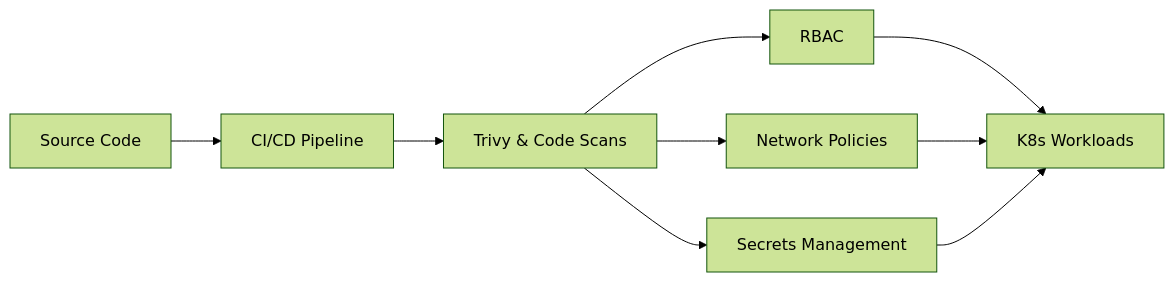
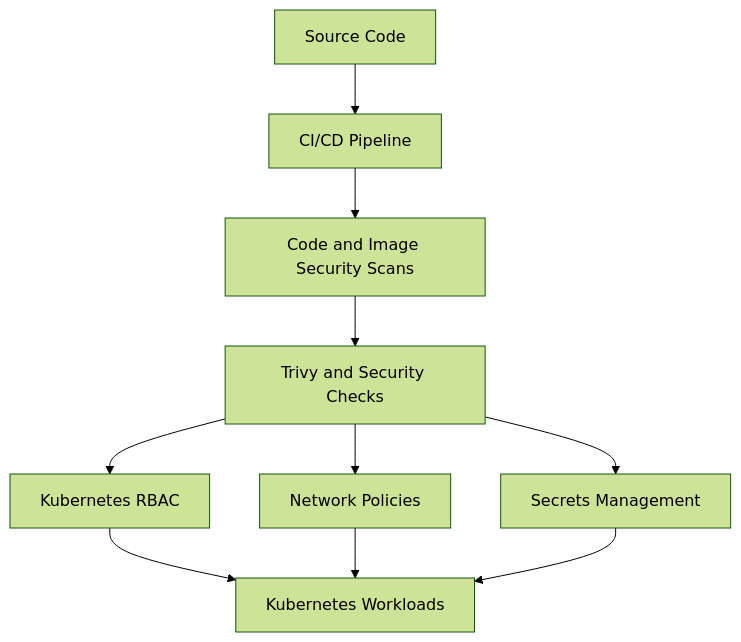
Before and after one commit to manesaurabh1704-devops/manesaurabh1704-devops: the sixth of 8 diagrams in README.md, drawn with Mermaid (forest theme). The commit also changed other lines of this file, not shown here.

````diff
--- a/README.md
+++ b/README.md
@@ -223,7 +348,12 @@
 ```mermaid
-flowchart LR
-    A["Source Code"] --> B["CI/CD Pipeline"] --> C["Trivy & Code Scans"]
-    C --> D["RBAC"] --> G["K8s Workloads"]
-    C --> E["Network Policies"] --> G
-    C --> F["Secrets Management"] --> G
+flowchart TD
+    A["Source Code"] --> B["CI/CD Pipeline"]
+    B --> C["Code and Image Security Scans"]
+    C --> D["Trivy and Security Checks"]
+    D --> E["Kubernetes RBAC"]
+    D --> F["Network Policies"]
+    D --> G["Secrets Management"]
+    E --> H["Kubernetes Workloads"]
+    F --> H
+    G --> H
 ```
````
